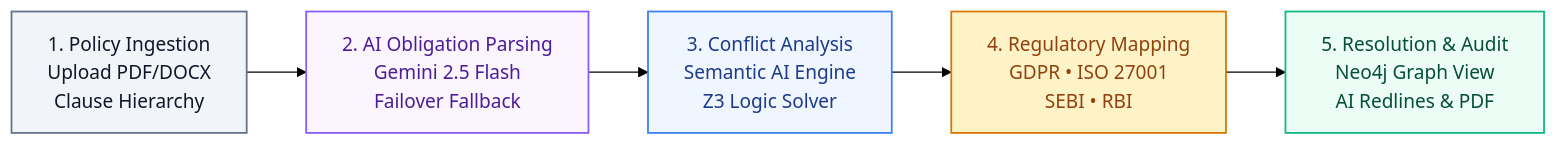
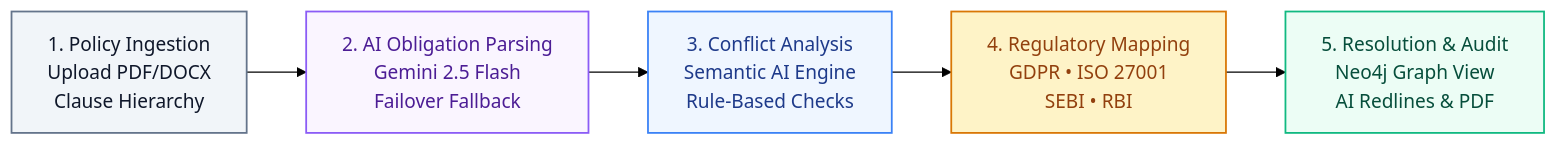
One commit to Sangamithraa077/PolicySentinel changed the second of 2 diagrams in README.md. Above: the diagram before and after it, drawn with Mermaid (forest theme). The commit also changed other lines of this file and 6 other files, not shown here.

````diff
--- a/README.md
+++ b/README.md
@@ -81,14 +81,14 @@
 ```mermaid
 flowchart LR
     Step1["1. Policy Ingestion\n Upload PDF/DOCX\n Clause Hierarchy"] 
     --> Step2["2. AI Obligation Parsing\n Gemini 2.5 Flash\n Failover Fallback"]
-    --> Step3["3. Conflict Analysis\n Semantic AI Engine\n Z3 Logic Solver"]
+    --> Step3["3. Conflict Analysis\n Semantic AI Engine\n Rule-Based Checks"]
     --> Step4["4. Regulatory Mapping\n GDPR • ISO 27001\n SEBI • RBI"]
     --> Step5["5. Resolution & Audit\n Neo4j Graph View\n AI Redlines & PDF"]
 
     style Step1 fill:#F1F5F9,stroke:#64748B,stroke-width:1.5px,color:#0F172A
     style Step2 fill:#FAF5FF,stroke:#8B5CF6,stroke-width:1.5px,color:#4C1D95
     style Step3 fill:#EFF6FF,stroke:#3B82F6,stroke-width:1.5px,color:#1E3A8A
     style Step4 fill:#FEF3C7,stroke:#D97706,stroke-width:1.5px,color:#92400E
     style Step5 fill:#ECFDF5,stroke:#10B981,stroke-width:1.5px,color:#064E3B
 ```
````
